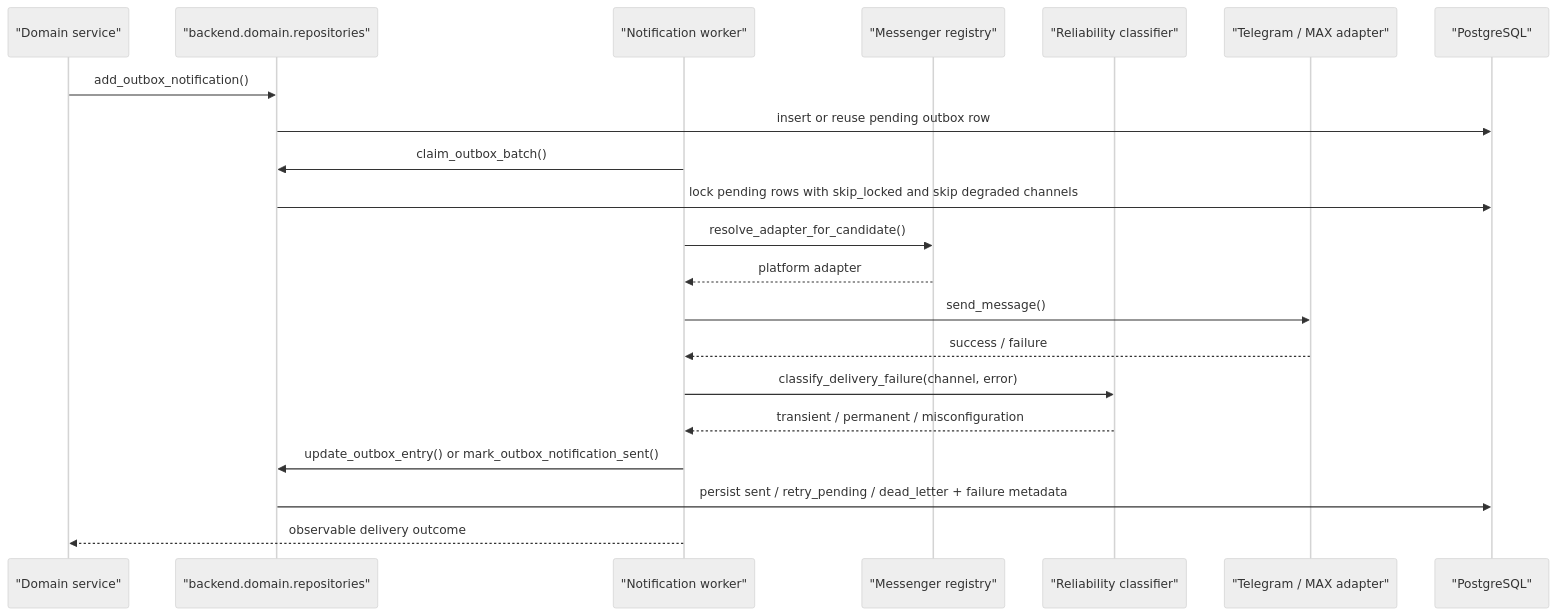
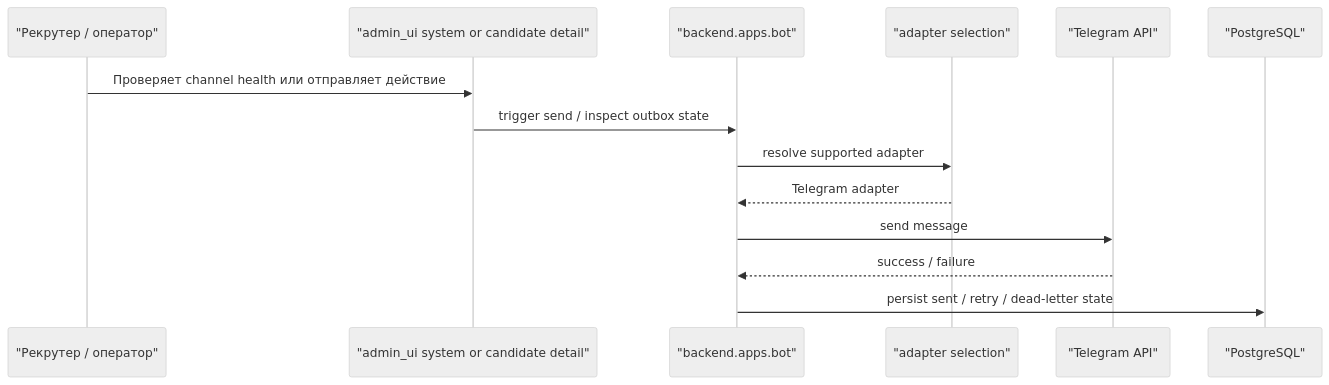
One commit to padka/HR changed the third of 4 diagrams in docs/architecture/core-workflows.md. Above: the diagram before and after it, drawn with Mermaid (neutral theme). The commit also changed other lines of this file and 234 other files, not shown here.

Commit message:
feat(max): add bounded candidate runtime surfaces

````diff
--- a/docs/architecture/core-workflows.md
+++ b/docs/architecture/core-workflows.md
@@ -150,24 +94,17 @@
 ```mermaid
 sequenceDiagram
-    participant D as "Domain service"
-    participant R as "backend.domain.repositories"
-    participant W as "Notification worker"
-    participant REG as "Messenger registry"
-    participant REL as "Reliability classifier"
-    participant AD as "Telegram / MAX adapter"
+    participant R as "Рекрутер / оператор"
+    participant UI as "admin_ui system or candidate detail"
+    participant BOT as "backend.apps.bot"
+    participant REG as "adapter selection"
+    participant TG as "Telegram API"
     participant DB as "PostgreSQL"
 
-    D->>R: add_outbox_notification()
-    R->>DB: insert or reuse pending outbox row
-    W->>R: claim_outbox_batch()
-    R->>DB: lock pending rows with skip_locked and skip degraded channels
-    W->>REG: resolve_adapter_for_candidate()
-    REG-->>W: platform adapter
-    W->>AD: send_message()
-    AD-->>W: success / failure
-    W->>REL: classify_delivery_failure(channel, error)
-    REL-->>W: transient / permanent / misconfiguration
-    W->>R: update_outbox_entry() or mark_outbox_notification_sent()
-    R->>DB: persist sent / retry_pending / dead_letter + failure metadata
-    W-->>D: observable delivery outcome
+    R->>UI: Проверяет channel health или отправляет действие
+    UI->>BOT: trigger send / inspect outbox state
+    BOT->>REG: resolve supported adapter
+    REG-->>BOT: Telegram adapter
+    BOT->>TG: send message
+    TG-->>BOT: success / failure
+    BOT->>DB: persist sent / retry / dead-letter state
 ```
````
